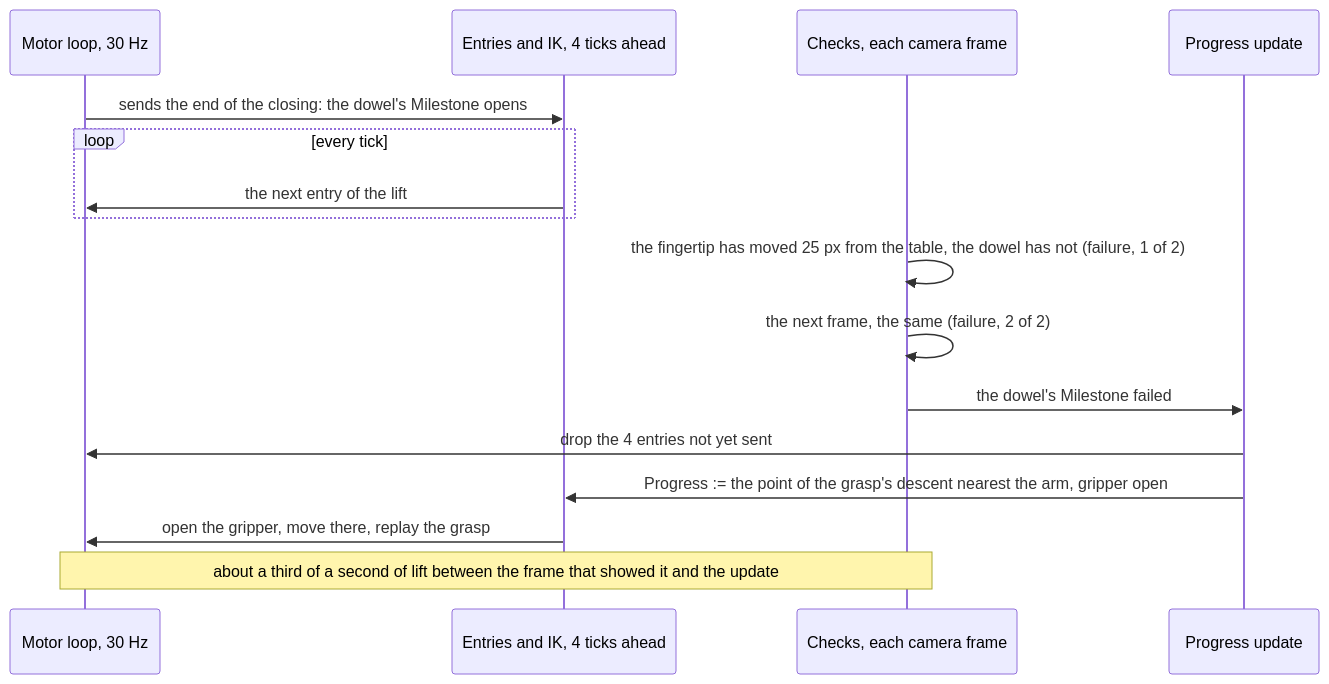
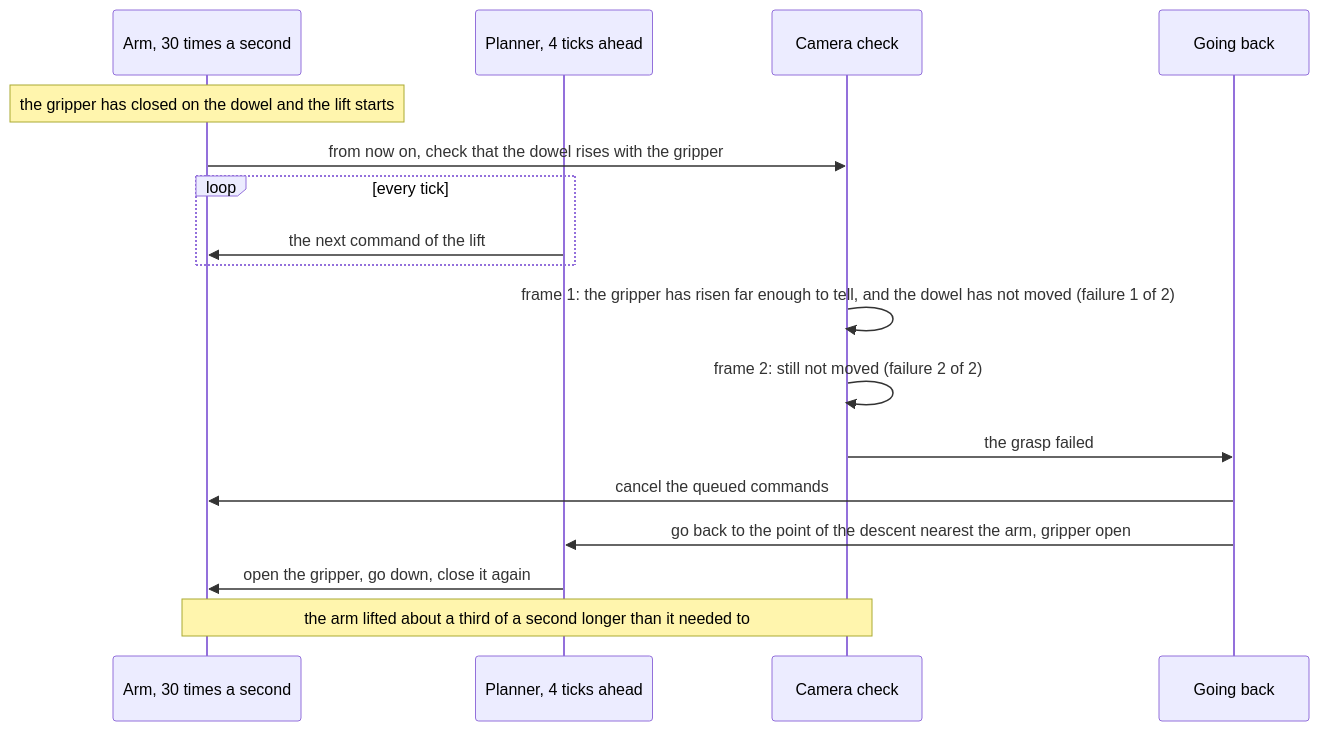
The second of 2 diagrams in src/lerobot/showservo/docs/act_execution.md (TheWisp/lerobot), drawn with Mermaid before and after one commit. The commit also changed other lines of this file, not shown here.

````diff
--- a/src/lerobot/showservo/docs/act_execution.md
+++ b/src/lerobot/showservo/docs/act_execution.md
@@ -137,18 +275,19 @@
 ```mermaid
 sequenceDiagram
-    participant M as Motor loop, 30 Hz
-    participant G as Entries and IK, 4 ticks ahead
-    participant C as Checks, each camera frame
-    participant U as Progress update
-    M->>G: sends the end of the closing: the dowel's Milestone opens
+    participant A as Arm, 30 times a second
+    participant P as Planner, 4 ticks ahead
+    participant C as Camera check
+    participant G as Going back
+    Note over A: the gripper has closed on the dowel and the lift starts
+    A->>C: from now on, check that the dowel rises with the gripper
     loop every tick
-        G->>M: the next entry of the lift
+        P->>A: the next command of the lift
     end
-    C->>C: the fingertip has moved 25 px from the table, the dowel has not (failure, 1 of 2)
-    C->>C: the next frame, the same (failure, 2 of 2)
-    C->>U: the dowel's Milestone failed
-    U->>M: drop the 4 entries not yet sent
-    U->>G: Progress := the point of the grasp's descent nearest the arm, gripper open
-    G->>M: open the gripper, move there, replay the grasp
-    Note over M,C: about a third of a second of lift between the frame that showed it and the update
+    C->>C: frame 1: the gripper has risen far enough to tell, and the dowel has not moved (failure 1 of 2)
+    C->>C: frame 2: still not moved (failure 2 of 2)
+    C->>G: the grasp failed
+    G->>A: cancel the queued commands
+    G->>P: go back to the point of the descent nearest the arm, gripper open
+    P->>A: open the gripper, go down, close it again
+    Note over A,C: the arm lifted about a third of a second longer than it needed to
 ```
````
